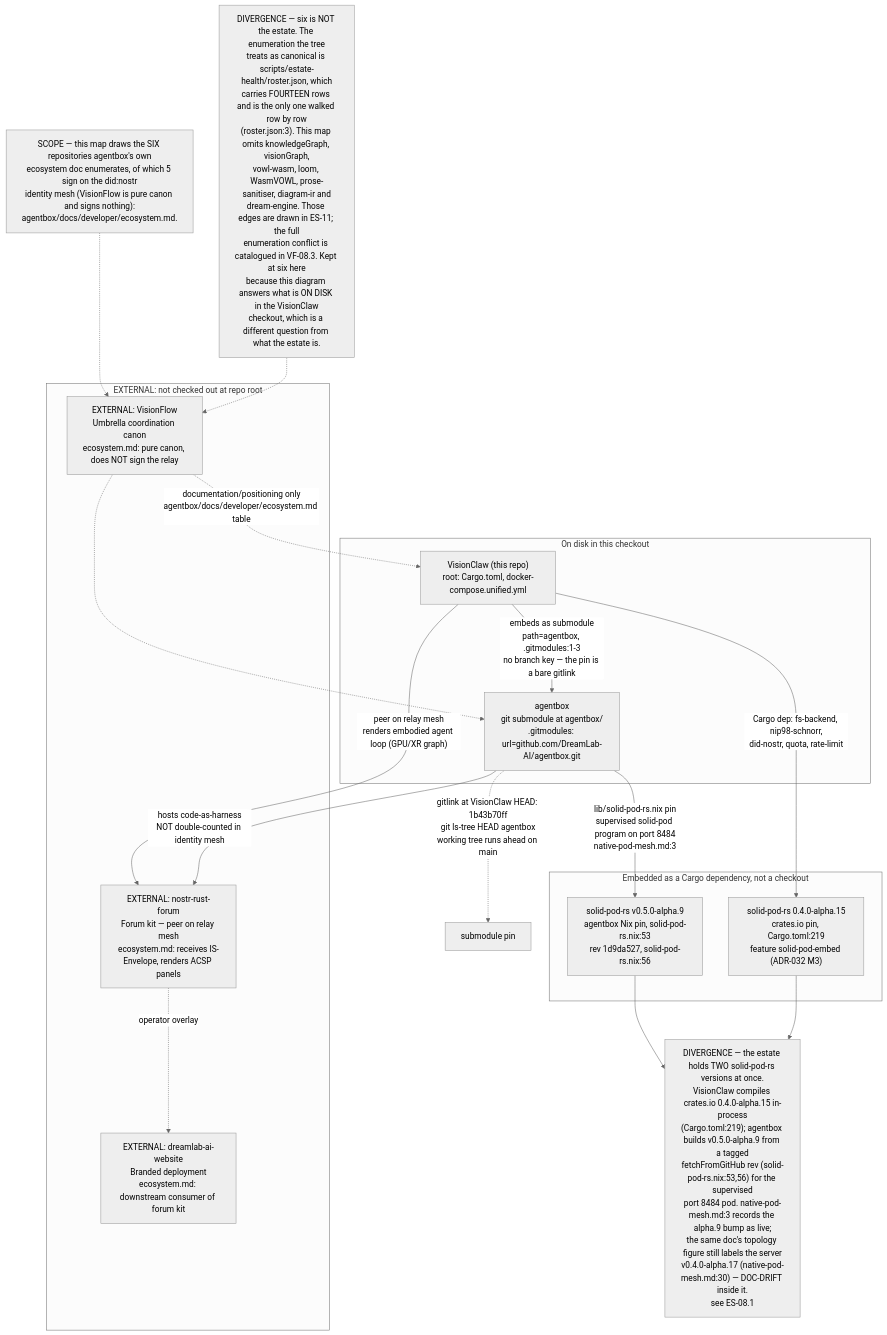
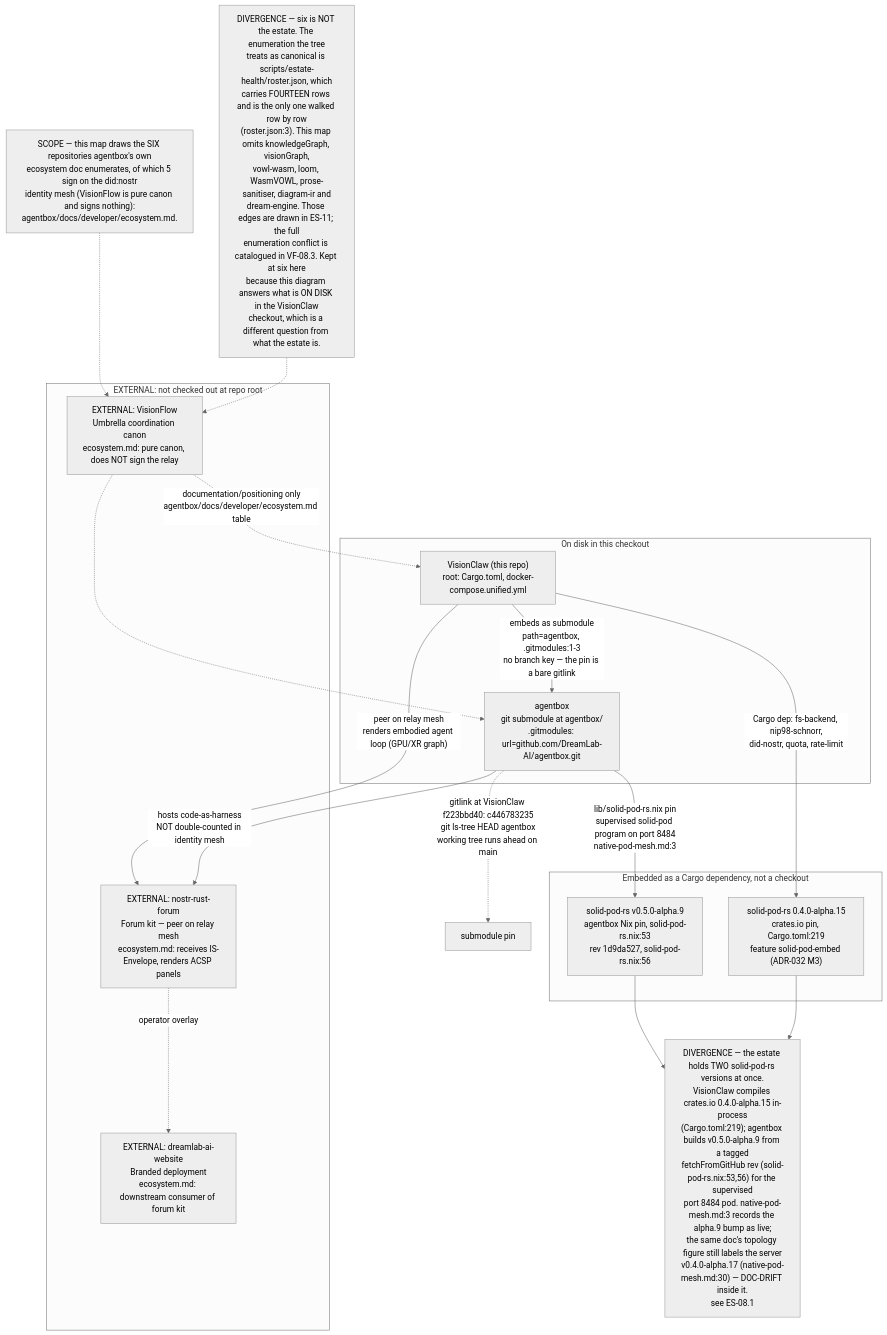
The first of 8 diagrams in docs/diagrams/estate/01-estate-topology.md (DreamLab-AI/VisionFlow), drawn with Mermaid (neutral theme) before and after one commit. The commit also changed other lines of this file and 12 other files, not shown here.

````diff
--- a/docs/diagrams/estate/01-estate-topology.md
+++ b/docs/diagrams/estate/01-estate-topology.md
@@ -45,36 +55,36 @@
 ```mermaid
 flowchart TB
     subgraph ONDISK["On disk in this checkout"]
         VC["VisionClaw (this repo)<br/>root: Cargo.toml, docker-compose.unified.yml"]
         AB["agentbox<br/>git submodule at agentbox/<br/>.gitmodules: url=github.com/DreamLab-AI/agentbox.git"]
     end
     VC -->|"embeds as submodule<br/>path=agentbox, .gitmodules:1-3<br/>no branch key — the pin is a bare gitlink"| AB
-    AB -.->|"gitlink at VisionClaw HEAD: 1b43b70ff<br/>git ls-tree HEAD agentbox<br/>working tree runs ahead on main"| ABPIN["submodule pin"]
+    AB -.->|"gitlink at VisionClaw f223bbd40: c446783235<br/>git ls-tree HEAD agentbox<br/>working tree runs ahead on main"| ABPIN["submodule pin"]
 
     subgraph CRATE["Embedded as a Cargo dependency, not a checkout"]
         SPR["solid-pod-rs 0.4.0-alpha.15<br/>crates.io pin, Cargo.toml:219<br/>feature solid-pod-embed (ADR-032 M3)"]
         SPRN["solid-pod-rs v0.5.0-alpha.9<br/>agentbox Nix pin, solid-pod-rs.nix:53<br/>rev 1d9da527, solid-pod-rs.nix:56"]
     end
     VC -->|"Cargo dep: fs-backend, nip98-schnorr,<br/>did-nostr, quota, rate-limit"| SPR
     AB -->|"lib/solid-pod-rs.nix pin<br/>supervised solid-pod program on port 8484<br/>native-pod-mesh.md:3"| SPRN
 
     DIVSP["DIVERGENCE — the estate holds TWO solid-pod-rs versions at once.<br/>VisionClaw compiles crates.io 0.4.0-alpha.15 in-process<br/>(Cargo.toml:219); agentbox builds v0.5.0-alpha.9 from a tagged<br/>fetchFromGitHub rev (solid-pod-rs.nix:53,56) for the supervised<br/>port 8484 pod. native-pod-mesh.md:3 records the alpha.9 bump as live;<br/>the same doc's topology figure still labels the server<br/>v0.4.0-alpha.17 (native-pod-mesh.md:30) — DOC-DRIFT inside it.<br/>see ES-08.1"]
     SPRN --> DIVSP
     SPR --> DIVSP
 
     subgraph EXTERNAL1["EXTERNAL: not checked out at repo root"]
         VF["EXTERNAL: VisionFlow<br/>Umbrella coordination canon<br/>ecosystem.md: pure canon, does NOT sign the relay"]
         NRF["EXTERNAL: nostr-rust-forum<br/>Forum kit — peer on relay mesh<br/>ecosystem.md: receives IS-Envelope, renders ACSP panels"]
         DAW["EXTERNAL: dreamlab-ai-website<br/>Branded deployment<br/>ecosystem.md: downstream consumer of forum kit"]
     end
     VC -->|"peer on relay mesh<br/>renders embodied agent loop (GPU/XR graph)"| NRF
     AB -->|"hosts code-as-harness<br/>NOT double-counted in identity mesh"| NRF
     NRF -.->|"operator overlay"| DAW
     VF -.->|"documentation/positioning only<br/>agentbox/docs/developer/ecosystem.md table"| VC
     VF -.-> AB
 
     NOTE1["SCOPE — this map draws the SIX repositories agentbox's own<br/>ecosystem doc enumerates, of which 5 sign on the did:nostr<br/>identity mesh (VisionFlow is pure canon and signs nothing):<br/>agentbox/docs/developer/ecosystem.md."]
     NOTE2["DIVERGENCE — six is NOT the estate. The enumeration the tree<br/>treats as canonical is scripts/estate-health/roster.json, which<br/>carries FOURTEEN rows and is the only one walked row by row<br/>(roster.json:3). This map omits knowledgeGraph, visionGraph,<br/>vowl-wasm, loom, WasmVOWL, prose-sanitiser, diagram-ir and<br/>dream-engine. Those edges are drawn in ES-11; the full<br/>enumeration conflict is catalogued in VF-08.3. Kept at six here<br/>because this diagram answers what is ON DISK in the VisionClaw<br/>checkout, which is a different question from what the estate is."]
     NOTE1 -.-> VF
     NOTE2 -.-> VF
 ```
````
